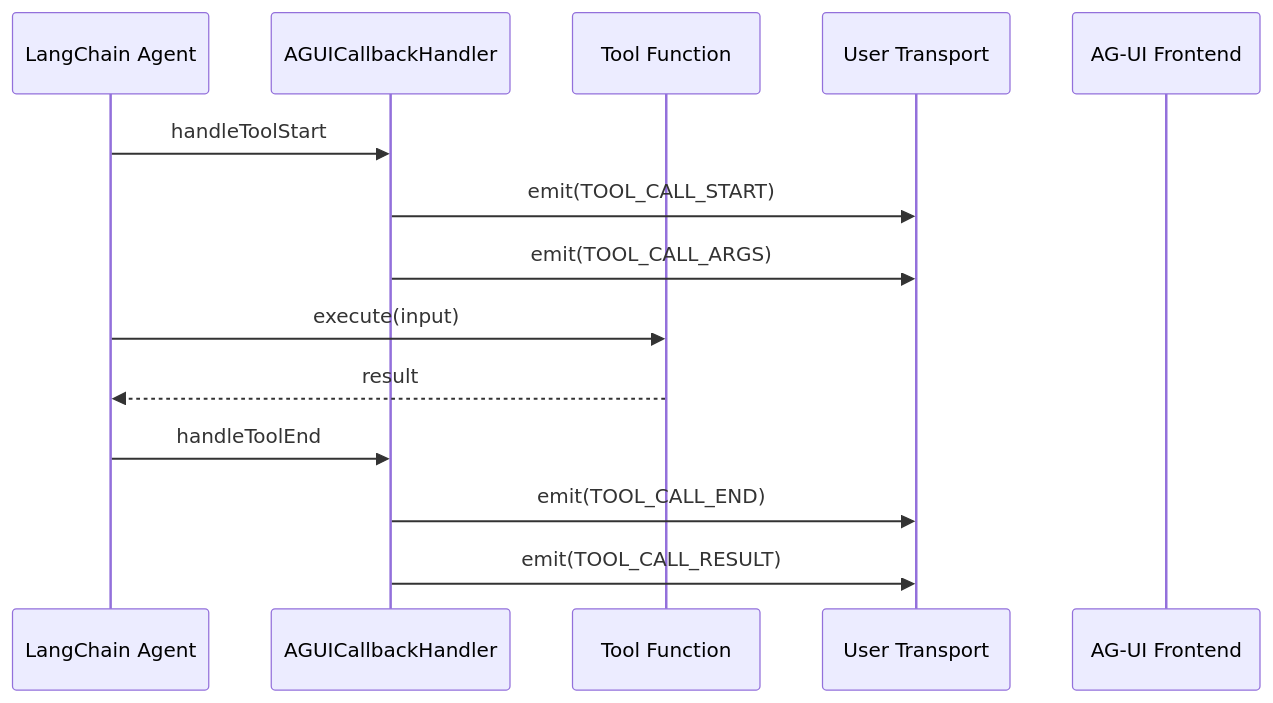
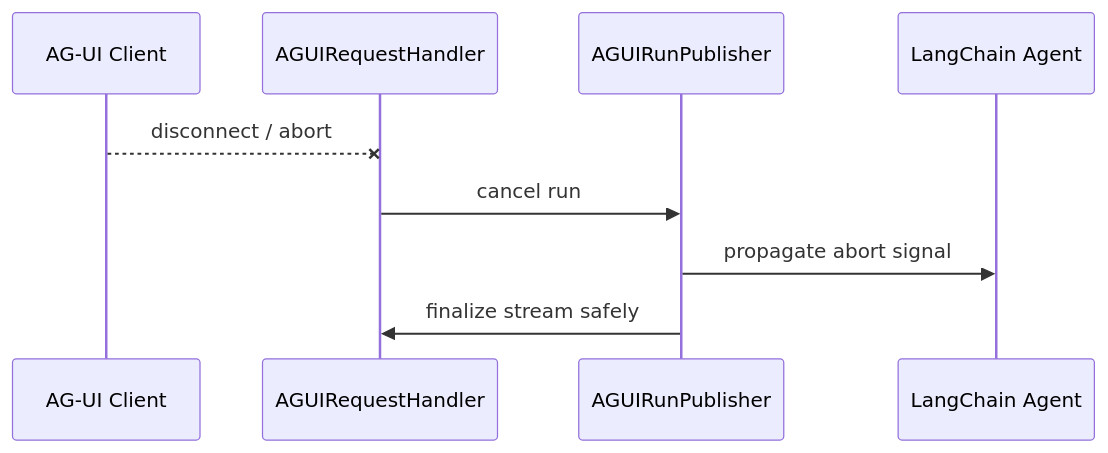
One commit to SkrOYC/langchain-middlewares-callbacks-ts changed the fourth of 4 diagrams in packages/ag-ui-middleware-callbacks/docs/Architecture.md. Above: the diagram before and after it, drawn with Mermaid. The commit also changed other lines of this file and 3 other files, not shown here.

````diff
--- a/packages/ag-ui-middleware-callbacks/docs/Architecture.md
+++ b/packages/ag-ui-middleware-callbacks/docs/Architecture.md
@@ -212,19 +246,12 @@
 ```mermaid
 sequenceDiagram
+  participant Client as AG-UI Client
+  participant Handler as AGUIRequestHandler
+  participant Publisher as AGUIRunPublisher
   participant Agent as LangChain Agent
-  participant Handler as AGUICallbackHandler
-  participant Tool as Tool Function
-  participant Transport as User Transport
-  participant Frontend as AG-UI Frontend
 
-  Agent->>Handler: handleToolStart
-  Handler->>Transport: emit(TOOL_CALL_START)
-  Handler->>Transport: emit(TOOL_CALL_ARGS)
-  
-  Agent->>Tool: execute(input)
-  Tool-->>Agent: result
-  
-  Agent->>Handler: handleToolEnd
-  Handler->>Transport: emit(TOOL_CALL_END)
-  Handler->>Transport: emit(TOOL_CALL_RESULT)
+  Client--xHandler: disconnect / abort
+  Handler->>Publisher: cancel run
+  Publisher->>Agent: propagate abort signal
+  Publisher->>Handler: finalize stream safely
 ```
````
